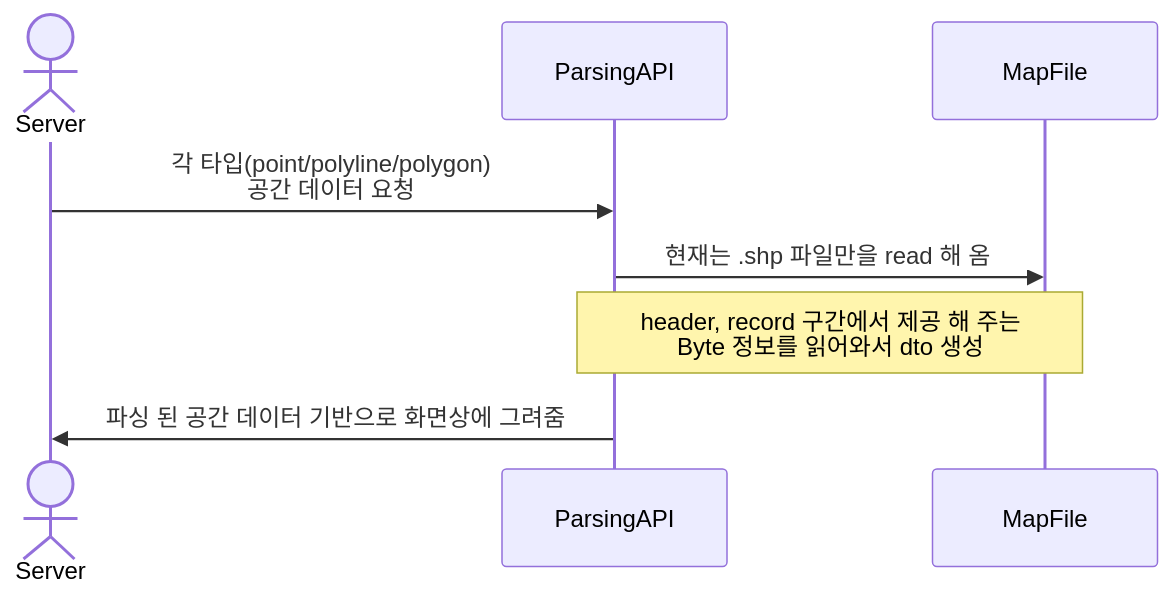
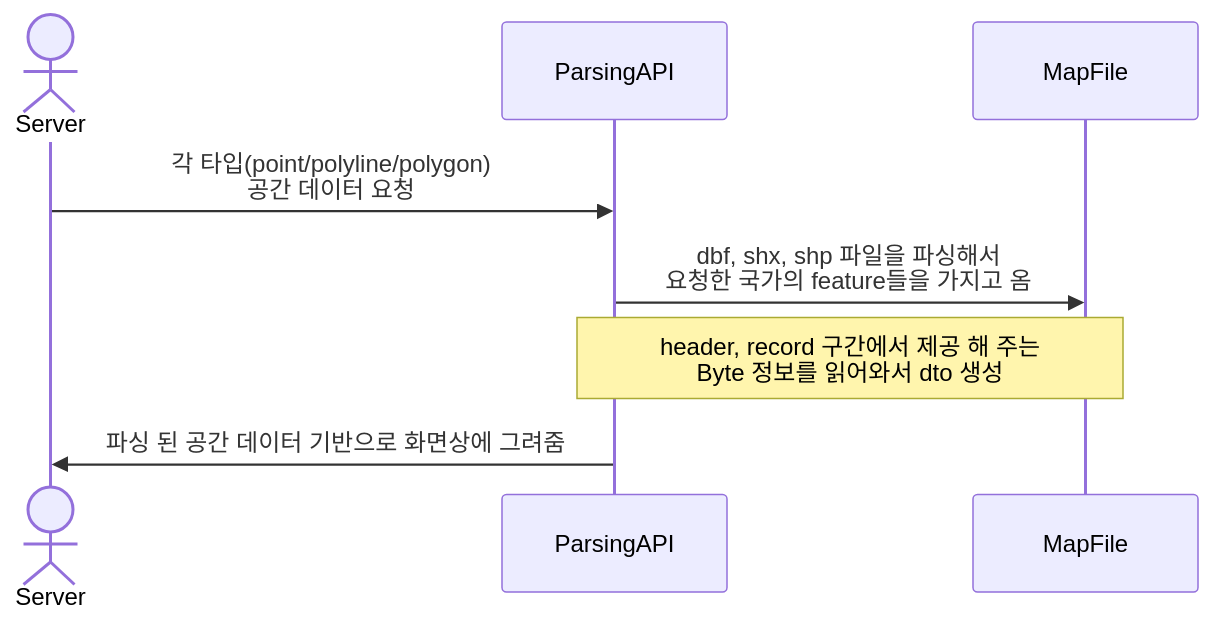
One commit to cgyi29/mit_map_viewer changed the diagram in README.md. Above: the diagram before and after it, drawn with Mermaid. The commit also changed other lines of this file, not shown here.

````diff
--- a/README.md
+++ b/README.md
@@ -32,10 +38,10 @@
 ```mermaid
 sequenceDiagram
     actor Server
     participant ParsingAPI
     participant MapFile
     Server->>ParsingAPI: 각 타입(point/polyline/polygon)<br>공간 데이터 요청
-    ParsingAPI->>MapFile: 현재는 .shp 파일만을 read 해 옴
+    ParsingAPI->>MapFile: dbf, shx, shp 파일을 파싱해서 <br> 요청한 국가의 feature들을 가지고 옴
     Note over ParsingAPI, MapFile: header, record 구간에서 제공 해 주는<br>Byte 정보를 읽어와서 dto 생성  
     ParsingAPI->>Server: 파싱 된 공간 데이터 기반으로 화면상에 그려줌
 ```
````
